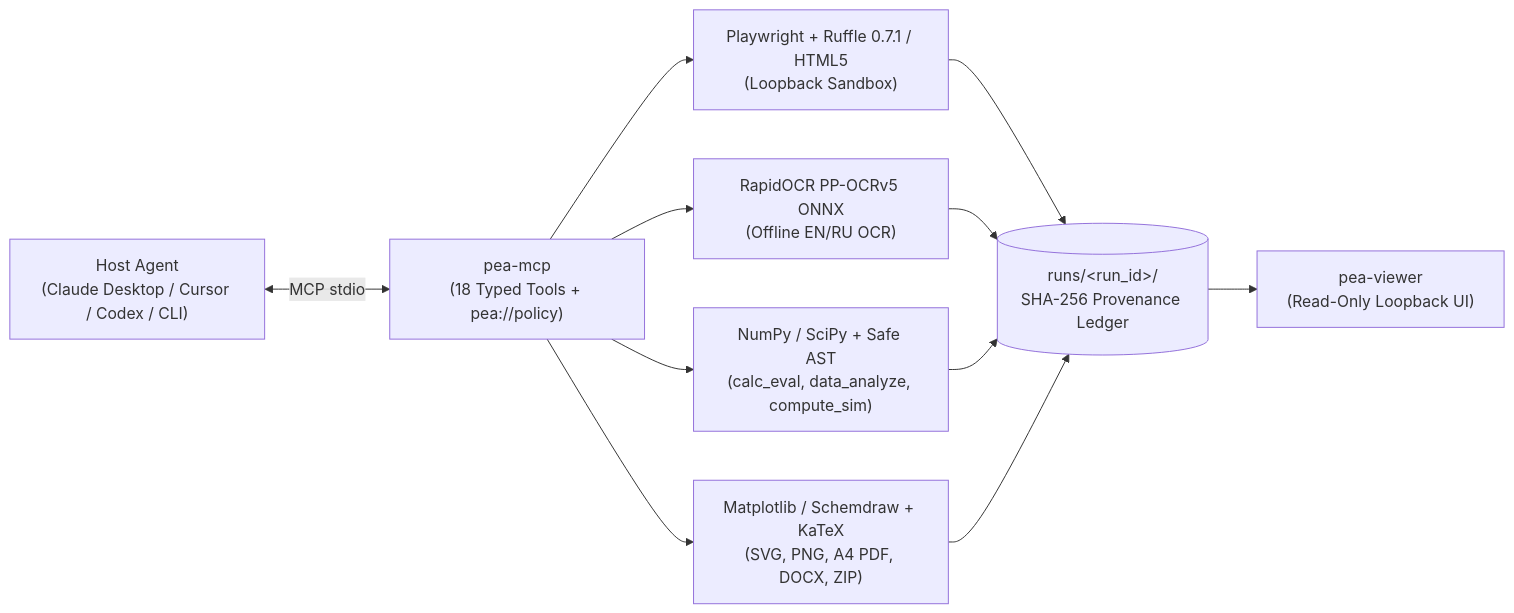
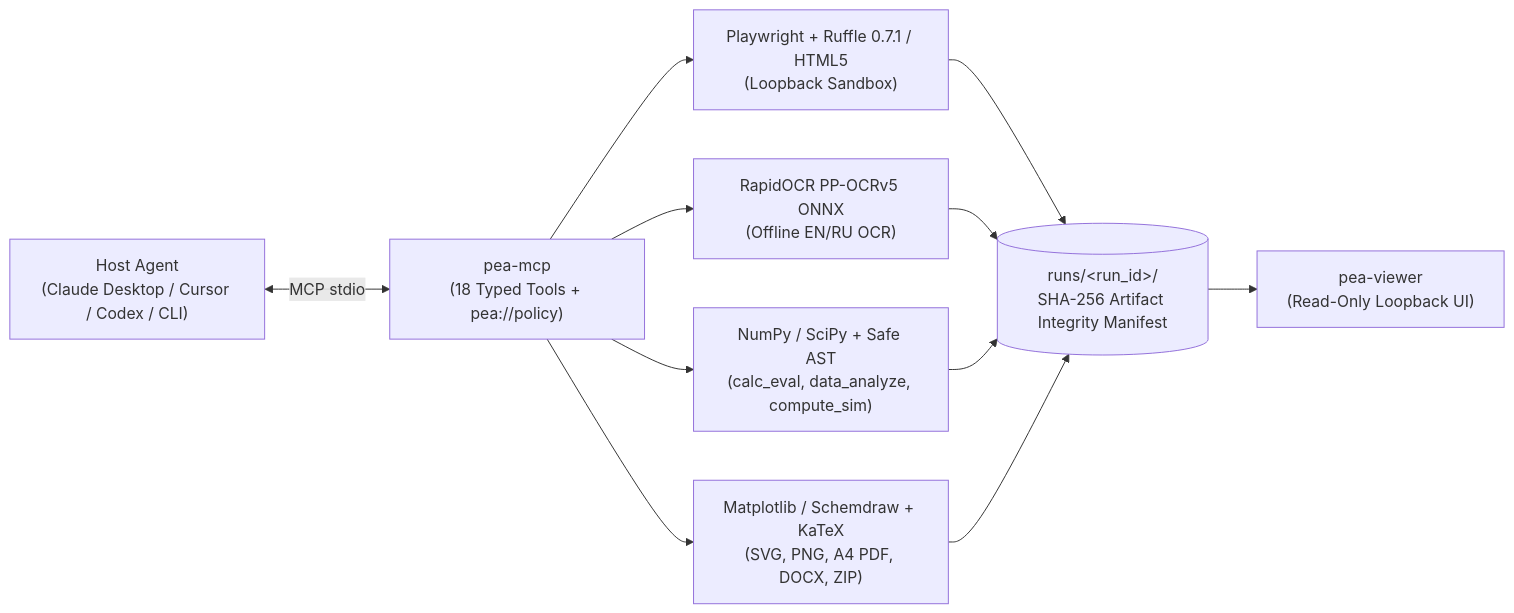
One commit to Mottii/PEA changed the diagram in README.md. Above: the diagram before and after it, drawn with Mermaid. The commit also changed other lines of this file and 22 other files, not shown here.

````diff
--- a/README.md
+++ b/README.md
@@ -17,13 +19,13 @@
 ```mermaid
 flowchart LR
     Host["Host Agent<br/>(Claude Desktop / Cursor / Codex / CLI)"] <-->|MCP stdio| MCP["pea-mcp<br/>(18 Typed Tools + pea://policy)"]
     MCP --> Sim["Playwright + Ruffle 0.7.1 / HTML5<br/>(Loopback Sandbox)"]
     MCP --> OCR["RapidOCR PP-OCRv5 ONNX<br/>(Offline EN/RU OCR)"]
     MCP --> Math["NumPy / SciPy + Safe AST<br/>(calc_eval, data_analyze, compute_sim)"]
     MCP --> Reports["Matplotlib / Schemdraw + KaTeX<br/>(SVG, PNG, A4 PDF, DOCX, ZIP)"]
-    Sim --> Runs[("runs/&lt;run_id&gt;/<br/>SHA-256 Provenance Ledger")]
+    Sim --> Runs[("runs/&lt;run_id&gt;/<br/>SHA-256 Artifact Integrity Manifest")]
     OCR --> Runs
     Math --> Runs
     Reports --> Runs
     Runs --> Viewer["pea-viewer<br/>(Read-Only Loopback UI)"]
 ```
````
